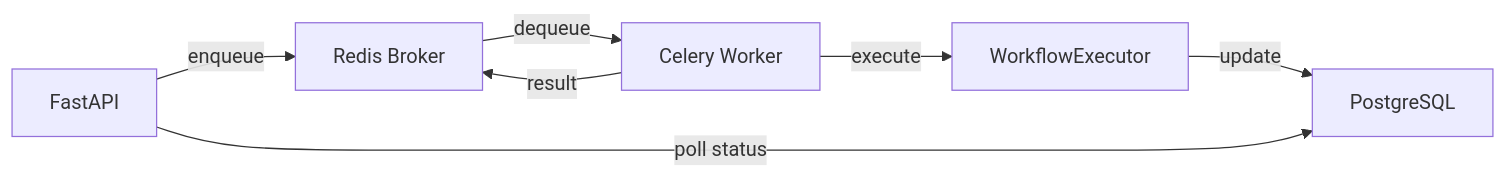
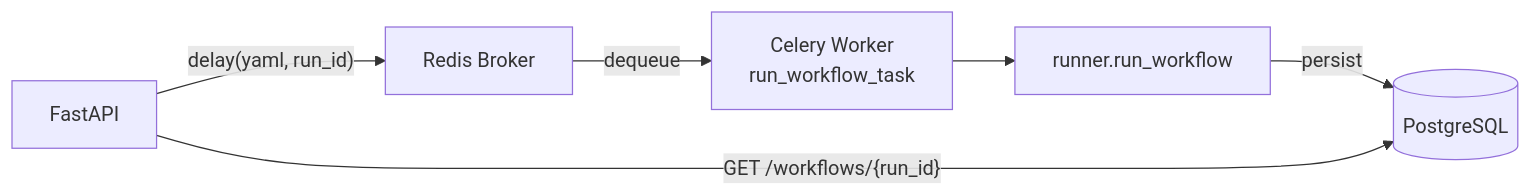
Before and after one commit to FishRaposo/async-workflow-engine: the fifth of 6 diagrams in docs/architecture.md, drawn with Mermaid. The commit also changed other lines of this file and 93 other files, not shown here.

````diff
--- a/docs/architecture.md
+++ b/docs/architecture.md
@@ -183,9 +190,8 @@
 ```mermaid
 graph LR
-    API["FastAPI"] -->|enqueue| Redis["Redis Broker"]
-    Redis -->|dequeue| Worker["Celery Worker"]
-    Worker -->|execute| Executor["WorkflowExecutor"]
-    Executor -->|update| DB["PostgreSQL"]
-    Worker -->|result| Redis
-    API -->|poll status| DB
+    API["FastAPI"] -->|"delay(yaml, run_id)"| Redis["Redis Broker"]
+    Redis -->|dequeue| Worker["Celery Worker<br/>run_workflow_task"]
+    Worker --> Runner["runner.run_workflow"]
+    Runner -->|persist| DB[("PostgreSQL")]
+    API -->|"GET /workflows/{run_id}"| DB
 ```
````
